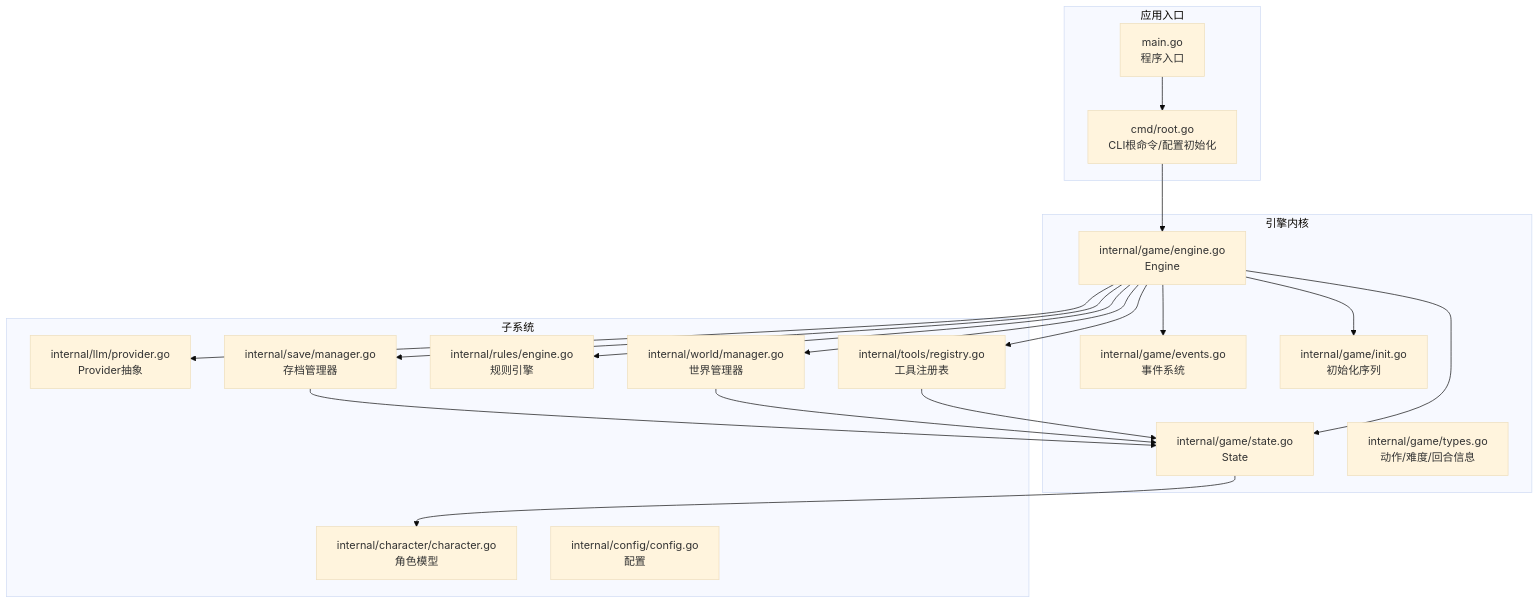
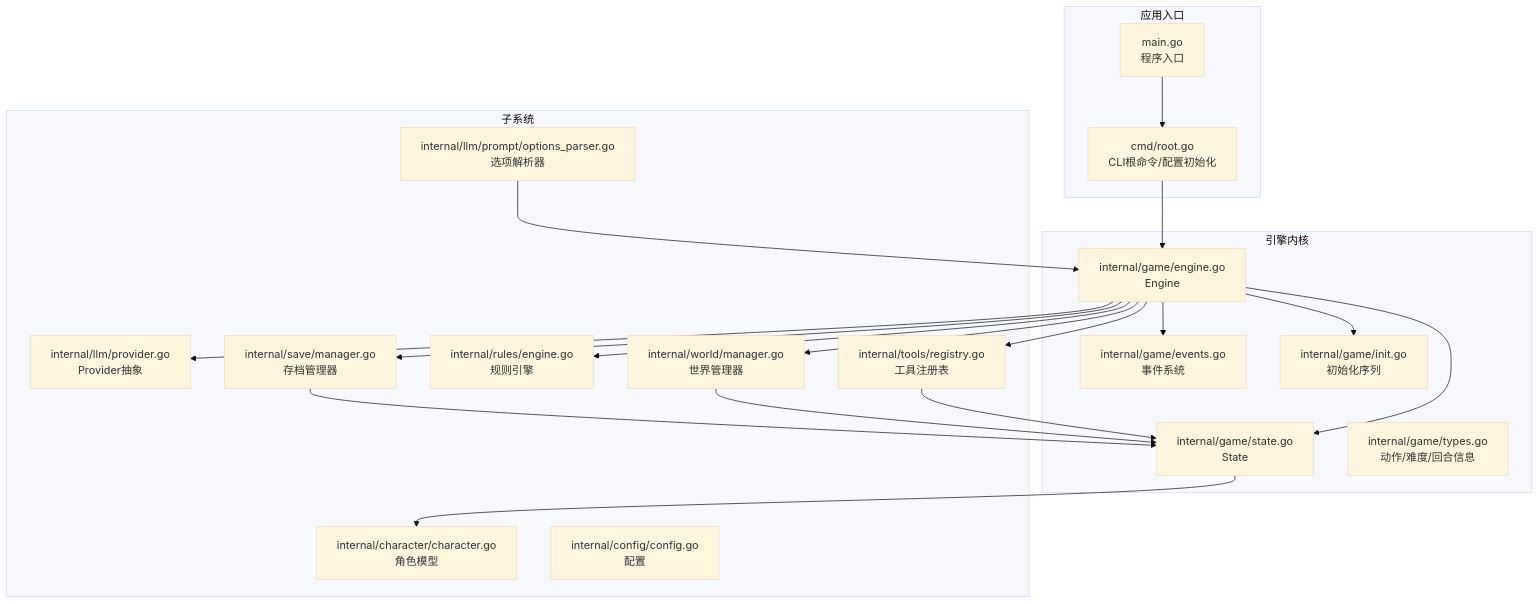
The first of 12 diagrams in .qoder/repowiki/zh/content/游戏引擎架构/游戏引擎架构.md (zwh8800/cdnd), drawn with Mermaid (base theme) before and after one commit. The commit also changed other lines of this file and 6 other files, not shown here.

````diff
--- a/.qoder/repowiki/zh/content/游戏引擎架构/游戏引擎架构.md
+++ b/.qoder/repowiki/zh/content/游戏引擎架构/游戏引擎架构.md
@@ -56,37 +66,39 @@
 ```mermaid
 graph TB
 subgraph "应用入口"
 MAIN["main.go<br/>程序入口"]
 ROOT["cmd/root.go<br/>CLI根命令/配置初始化"]
 end
 subgraph "引擎内核"
 ENGINE["internal/game/engine.go<br/>Engine"]
 STATE["internal/game/state.go<br/>State"]
 EVENTS["internal/game/events.go<br/>事件系统"]
 INITSEQ["internal/game/init.go<br/>初始化序列"]
 TYPESG["internal/game/types.go<br/>动作/难度/回合信息"]
 end
 subgraph "子系统"
 LLM["internal/llm/provider.go<br/>Provider抽象"]
 TOOLS["internal/tools/registry.go<br/>工具注册表"]
 RULES["internal/rules/engine.go<br/>规则引擎"]
 WORLD["internal/world/manager.go<br/>世界管理器"]
 SAVE["internal/save/manager.go<br/>存档管理器"]
 CHAR["internal/character/character.go<br/>角色模型"]
 CFG["internal/config/config.go<br/>配置"]
+OPTPARSE["internal/llm/prompt/options_parser.go<br/>选项解析器"]
 end
 MAIN --> ROOT
 ROOT --> ENGINE
 ENGINE --> STATE
 ENGINE --> LLM
 ENGINE --> TOOLS
 ENGINE --> RULES
 ENGINE --> WORLD
 ENGINE --> SAVE
 ENGINE --> EVENTS
 ENGINE --> INITSEQ
 STATE --> CHAR
 SAVE --> STATE
 WORLD --> STATE
 TOOLS --> STATE
+OPTPARSE --> ENGINE
 ```
````
